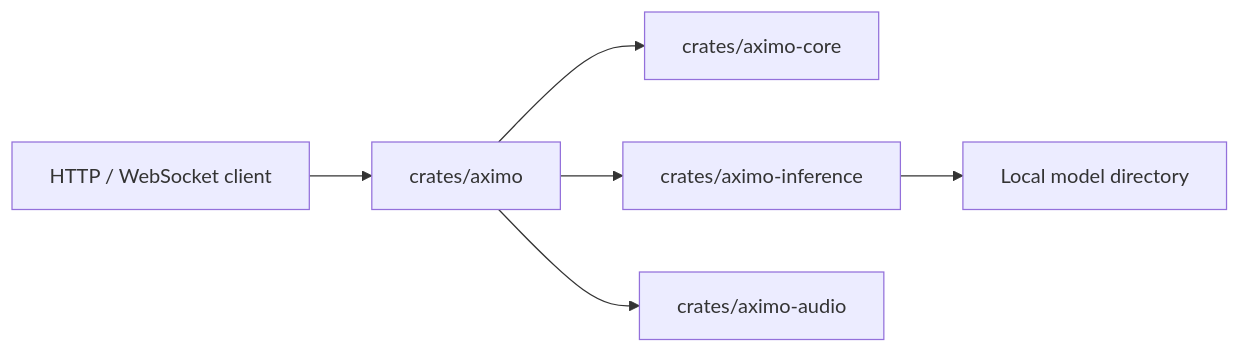
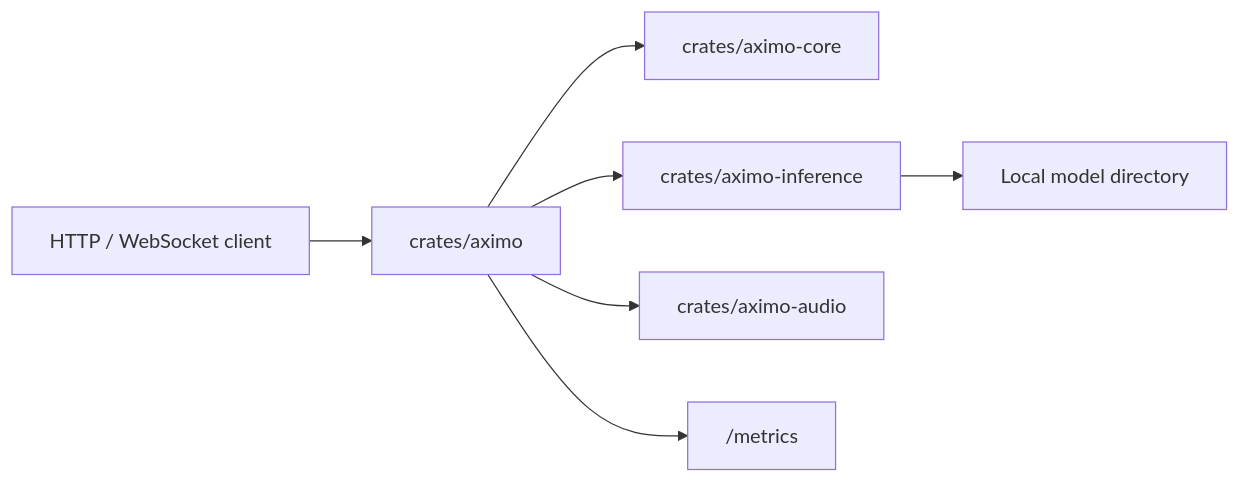
One commit to agent-axiom/aximo changed the first of 3 diagrams in docs/architecture.md. Above: the diagram before and after it, drawn with Mermaid. The commit also changed other lines of this file and 9 other files, not shown here.

````diff
--- a/docs/architecture.md
+++ b/docs/architecture.md
@@ -7,8 +7,9 @@
 ```mermaid
 flowchart LR
     Client["HTTP / WebSocket client"] --> API["crates/aximo"]
     API --> Core["crates/aximo-core"]
     API --> Inference["crates/aximo-inference"]
     API --> Audio["crates/aximo-audio"]
+    API --> Metrics["/metrics"]
     Inference --> Models["Local model directory"]
 ```
````
